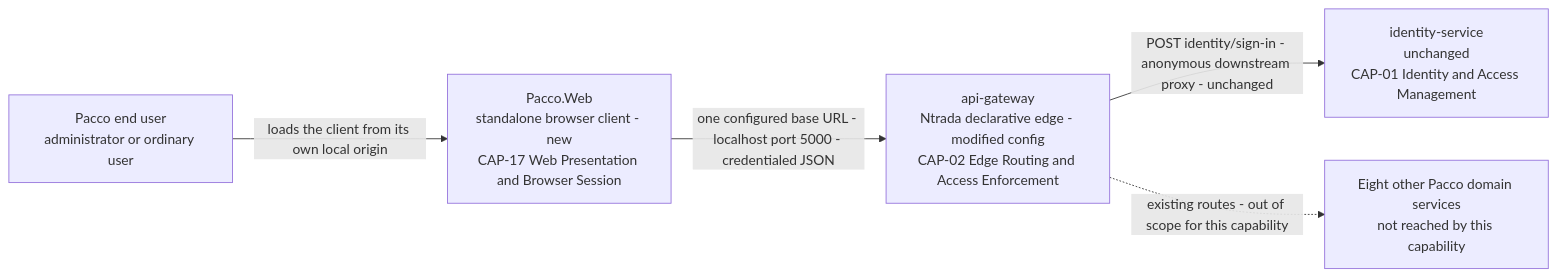
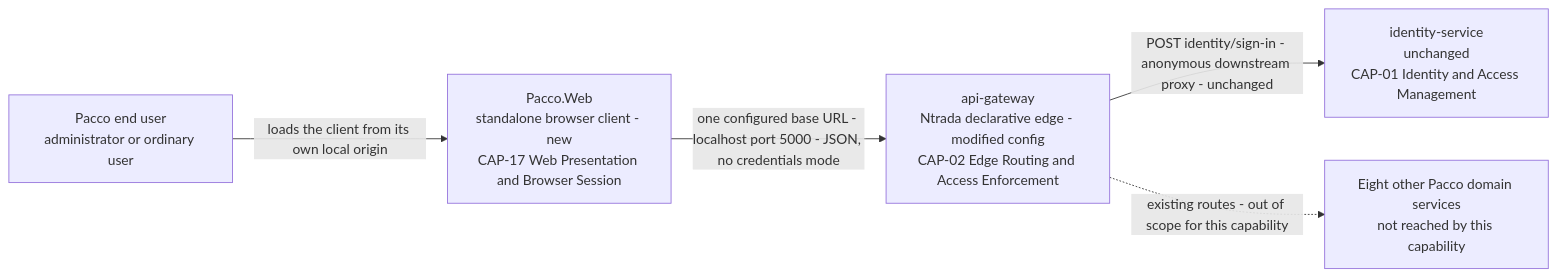
One commit to hianshul100/Pacco.Context changed the second of 6 diagrams in docs/specs/13652/SPECIFICATION.md. Above: the diagram before and after it, drawn with Mermaid. The commit also changed other lines of this file and 1 other file, not shown here.

First line of the commit message:
docs(13652): resolve credentials mode, add NFR traceability and fix citations

````diff
--- a/docs/specs/13652/SPECIFICATION.md
+++ b/docs/specs/13652/SPECIFICATION.md
@@ -607,13 +617,13 @@
 ```mermaid
 flowchart LR
     user["Pacco end user<br/>administrator or ordinary user"]
     web["Pacco.Web<br/>standalone browser client - new<br/>CAP-17 Web Presentation and Browser Session"]
     gw["api-gateway<br/>Ntrada declarative edge - modified config<br/>CAP-02 Edge Routing and Access Enforcement"]
     idsvc["identity-service<br/>unchanged<br/>CAP-01 Identity and Access Management"]
     rest["Eight other Pacco domain services<br/>not reached by this capability"]
 
     user -->|"loads the client from its own local origin"| web
-    web -->|"one configured base URL - localhost port 5000 - credentialed JSON"| gw
+    web -->|"one configured base URL - localhost port 5000 - JSON, no credentials mode"| gw
     gw -->|"POST identity/sign-in - anonymous downstream proxy - unchanged"| idsvc
     gw -.->|"existing routes - out of scope for this capability"| rest
 ```
````
